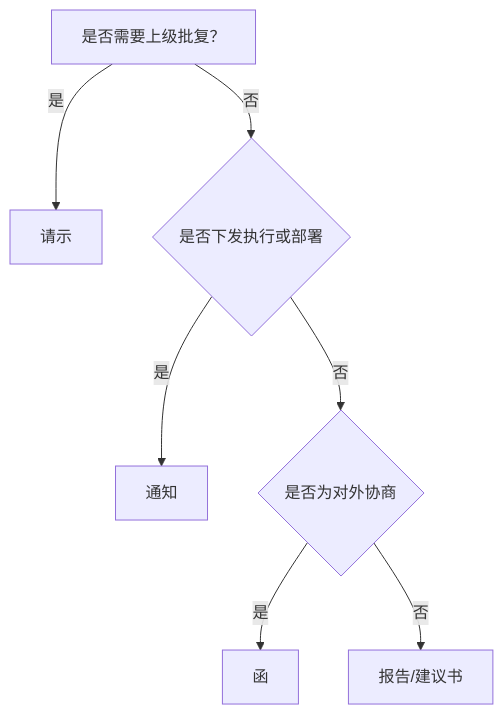
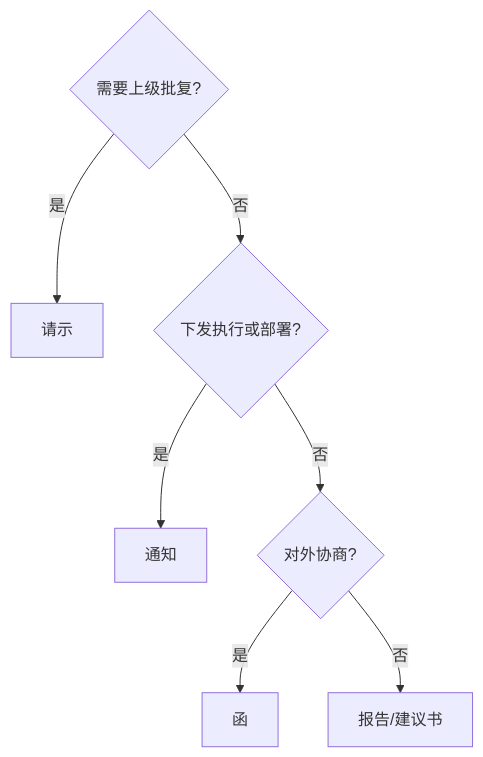
Before and after one commit to sandorn/skills: the diagram in officialdocuments/workflow.md, drawn with Mermaid. The commit also changed other lines of this file and 5 other files, not shown here.

````diff
--- a/officialdocuments/workflow.md
+++ b/officialdocuments/workflow.md
@@ -79,9 +56,9 @@
 ```mermaid
 flowchart TD
-  A[是否需要上级批复？] -->|是| B[请示]
-  A -->|否| C{是否下发执行或部署}
+  A{需要上级批复?} -->|是| B[请示]
+  A -->|否| C{下发执行或部署?}
   C -->|是| D[通知]
-  C -->|否| E{是否为对外协商}
+  C -->|否| E{对外协商?}
   E -->|是| F[函]
   E -->|否| G[报告/建议书]
 ```
````
